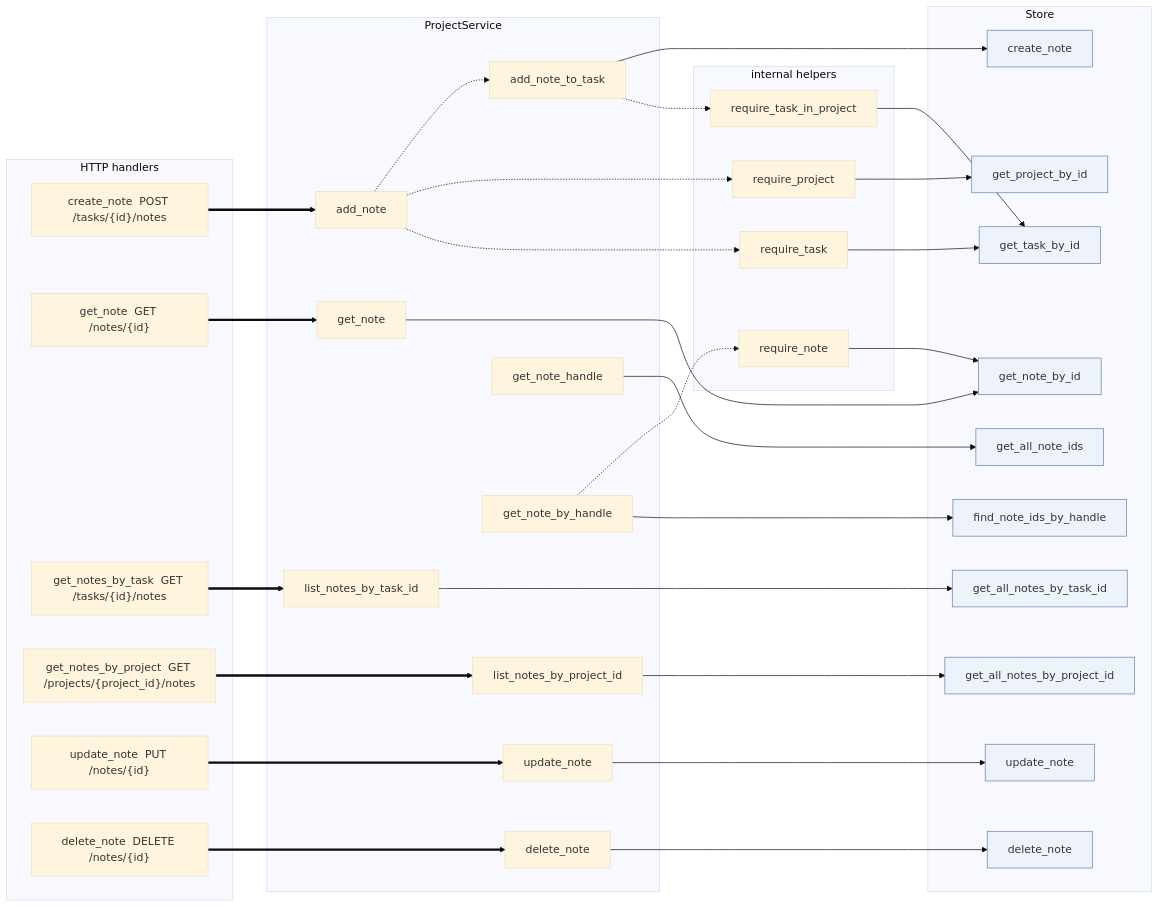
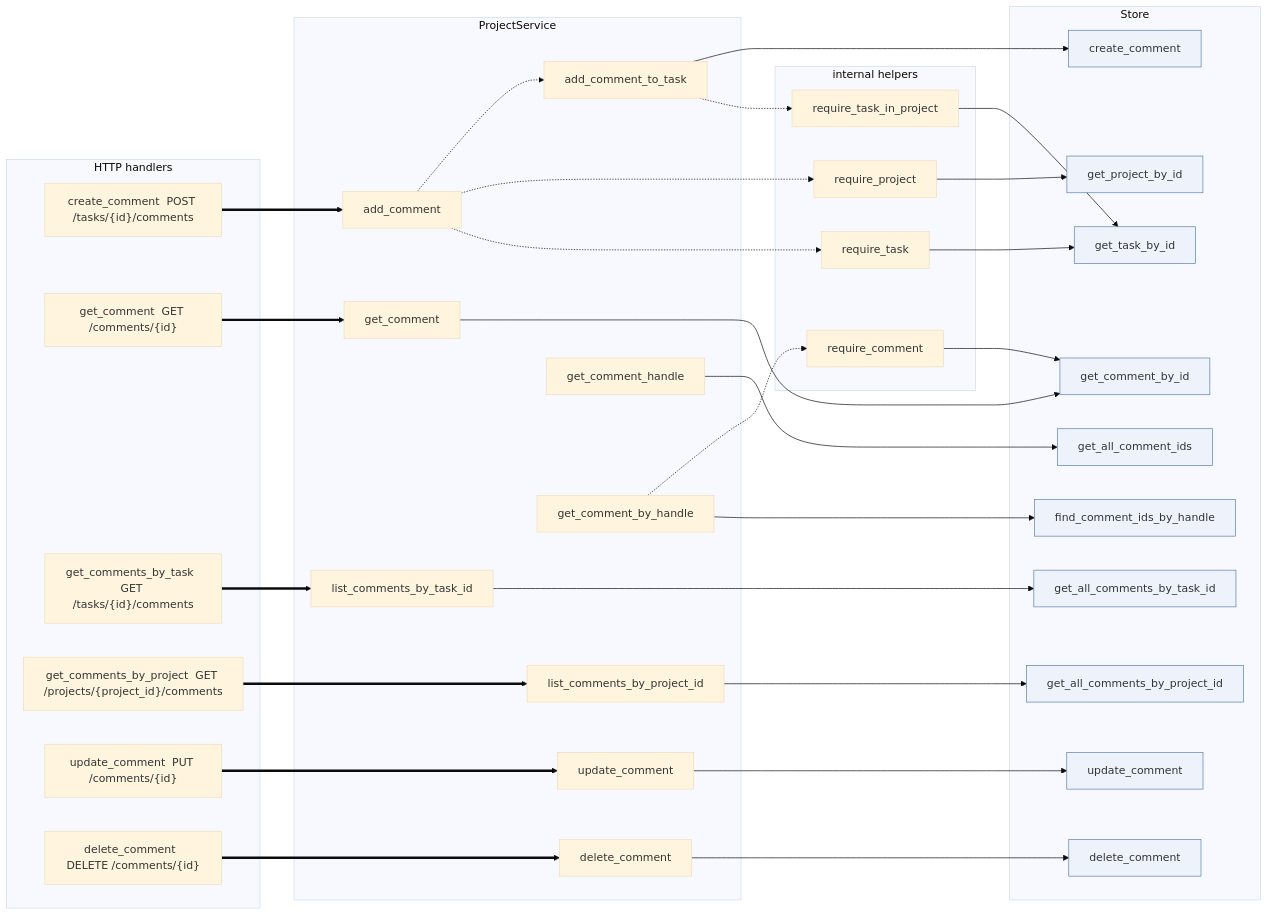
One commit to paulwrubel/scry changed the third of 6 diagrams in docs/service-store-calls.md. Above: the diagram before and after it, drawn with Mermaid (base theme). The commit also changed other lines of this file and 89 other files, not shown here.

First line of the commit message:
chore: rename task notes to comments (#241)

````diff
--- a/docs/service-store-calls.md
+++ b/docs/service-store-calls.md
@@ -186,71 +186,71 @@
 ```mermaid
 flowchart LR
   subgraph http["HTTP handlers"]
-    h_create_note["create_note  POST /tasks/{id}/notes"]
-    h_get_note["get_note  GET /notes/{id}"]
-    h_get_notes_by_task["get_notes_by_task  GET /tasks/{id}/notes"]
-    h_get_notes_by_project["get_notes_by_project  GET /projects/{project_id}/notes"]
-    h_update_note["update_note  PUT /notes/{id}"]
-    h_delete_note["delete_note  DELETE /notes/{id}"]
+    h_create_comment["create_comment  POST /tasks/{id}/comments"]
+    h_get_comment["get_comment  GET /comments/{id}"]
+    h_get_comments_by_task["get_comments_by_task  GET /tasks/{id}/comments"]
+    h_get_comments_by_project["get_comments_by_project  GET /projects/{project_id}/comments"]
+    h_update_comment["update_comment  PUT /comments/{id}"]
+    h_delete_comment["delete_comment  DELETE /comments/{id}"]
   end
 
   subgraph svc["ProjectService"]
-    add_note[add_note]
-    add_note_to_task[add_note_to_task]
-    get_note[get_note]
-    list_notes_by_project_id[list_notes_by_project_id]
-    list_notes_by_task_id[list_notes_by_task_id]
-    update_note[update_note]
-    delete_note[delete_note]
-    get_note_handle[get_note_handle]
-    get_note_by_handle[get_note_by_handle]
+    add_comment[add_comment]
+    add_comment_to_task[add_comment_to_task]
+    get_comment[get_comment]
+    list_comments_by_project_id[list_comments_by_project_id]
+    list_comments_by_task_id[list_comments_by_task_id]
+    update_comment[update_comment]
+    delete_comment[delete_comment]
+    get_comment_handle[get_comment_handle]
+    get_comment_by_handle[get_comment_by_handle]
   end
 
   subgraph helpers["internal helpers"]
     require_task_in_project[require_task_in_project]
     require_task[require_task]
     require_project[require_project]
-    require_note[require_note]
+    require_comment[require_comment]
   end
 
   subgraph store["Store"]
-    st_create_note[create_note]
-    st_get_note_by_id[get_note_by_id]
-    st_get_all_notes_by_project_id[get_all_notes_by_project_id]
-    st_get_all_notes_by_task_id[get_all_notes_by_task_id]
-    st_update_note[update_note]
-    st_delete_note[delete_note]
-    st_find_note_ids_by_handle[find_note_ids_by_handle]
-    st_get_all_note_ids[get_all_note_ids]
+    st_create_comment[create_comment]
+    st_get_comment_by_id[get_comment_by_id]
+    st_get_all_comments_by_project_id[get_all_comments_by_project_id]
+    st_get_all_comments_by_task_id[get_all_comments_by_task_id]
+    st_update_comment[update_comment]
+    st_delete_comment[delete_comment]
+    st_find_comment_ids_by_handle[find_comment_ids_by_handle]
+    st_get_all_comment_ids[get_all_comment_ids]
     st_get_task_by_id[get_task_by_id]
     st_get_project_by_id[get_project_by_id]
   end
 
-  h_create_note ==> add_note
-  h_get_note ==> get_note
-  h_get_notes_by_task ==> list_notes_by_task_id
-  h_get_notes_by_project ==> list_notes_by_project_id
-  h_update_note ==> update_note
-  h_delete_note ==> delete_note
+  h_create_comment ==> add_comment
+  h_get_comment ==> get_comment
+  h_get_comments_by_task ==> list_comments_by_task_id
+  h_get_comments_by_project ==> list_comments_by_project_id
+  h_update_comment ==> update_comment
+  h_delete_comment ==> delete_comment
 
-  add_note -.-> require_task
-  add_note -.-> require_project
-  add_note -.-> add_note_to_task
-  add_note_to_task -.-> require_task_in_project
-  add_note_to_task --> st_create_note
-  list_notes_by_project_id --> st_get_all_notes_by_project_id
-  list_notes_by_task_id --> st_get_all_notes_by_task_id
-  get_note --> st_get_note_by_id
-  update_note --> st_update_note
-  delete_note --> st_delete_note
-  get_note_handle --> st_get_all_note_ids
-  get_note_by_handle --> st_find_note_ids_by_handle
-  get_note_by_handle -.-> require_note
-  require_note --> st_get_note_by_id
+  add_comment -.-> require_task
+  add_comment -.-> require_project
+  add_comment -.-> add_comment_to_task
+  add_comment_to_task -.-> require_task_in_project
+  add_comment_to_task --> st_create_comment
+  list_comments_by_project_id --> st_get_all_comments_by_project_id
+  list_comments_by_task_id --> st_get_all_comments_by_task_id
+  get_comment --> st_get_comment_by_id
+  update_comment --> st_update_comment
+  delete_comment --> st_delete_comment
+  get_comment_handle --> st_get_all_comment_ids
+  get_comment_by_handle --> st_find_comment_ids_by_handle
+  get_comment_by_handle -.-> require_comment
+  require_comment --> st_get_comment_by_id
   require_task_in_project --> st_get_task_by_id
   require_project --> st_get_project_by_id
   require_task --> st_get_task_by_id
 
   classDef storeNode fill:#eef3fb,stroke:#5b7fae,stroke-width:1px
-  class st_create_note,st_get_note_by_id,st_get_all_notes_by_project_id,st_get_all_notes_by_task_id,st_update_note,st_delete_note,st_find_note_ids_by_handle,st_get_all_note_ids,st_get_task_by_id,st_get_project_by_id storeNode
+  class st_create_comment,st_get_comment_by_id,st_get_all_comments_by_project_id,st_get_all_comments_by_task_id,st_update_comment,st_delete_comment,st_find_comment_ids_by_handle,st_get_all_comment_ids,st_get_task_by_id,st_get_project_by_id storeNode
 ```
````
